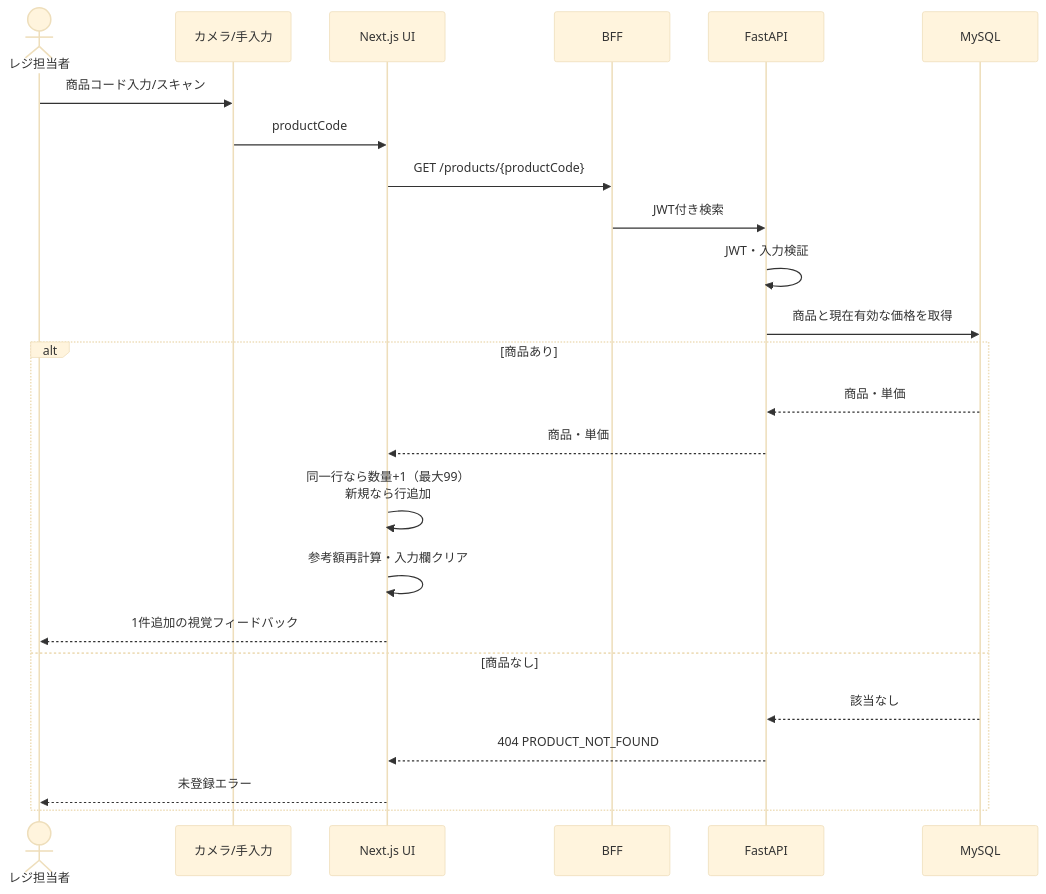
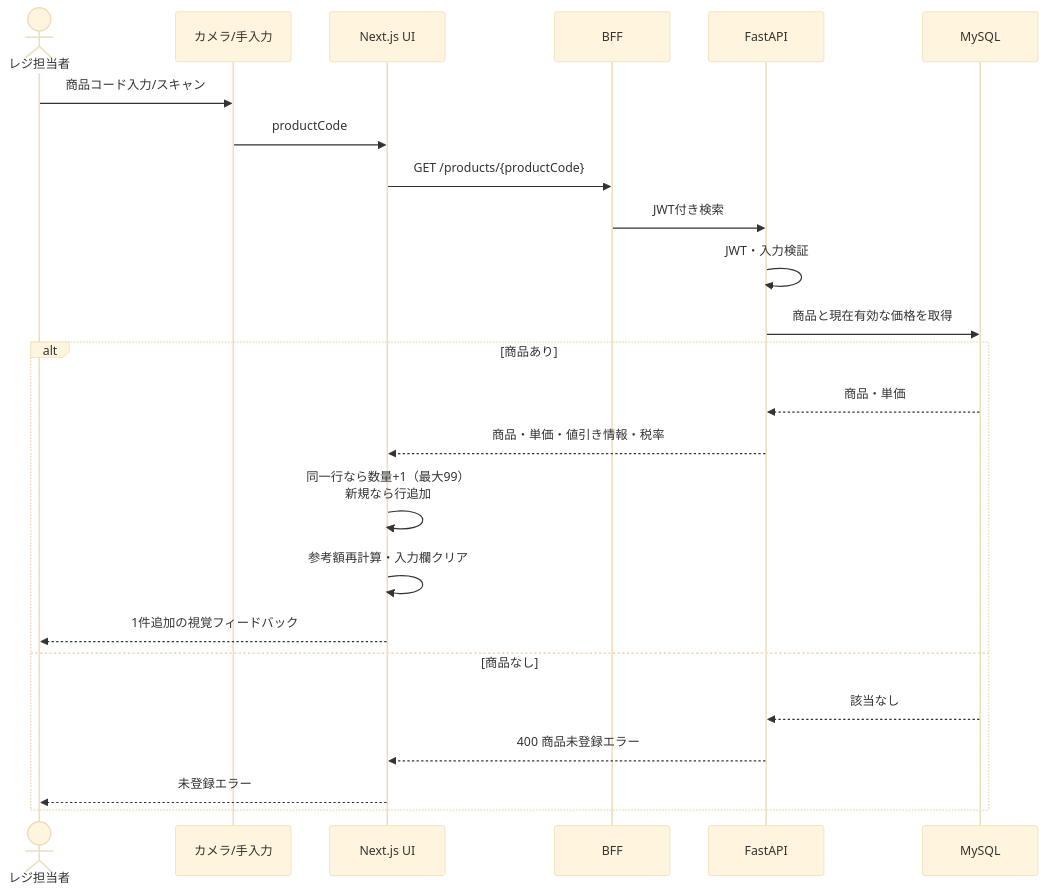
One commit to Shamae31/tech0-lv2-pos-design changed the fifth of 7 diagrams in docs/設計仕様書.md. Above: the diagram before and after it, drawn with Mermaid (base theme). The commit also changed other lines of this file and 1 other file, not shown here.

````diff
--- a/docs/設計仕様書.md
+++ b/docs/設計仕様書.md
@@ -391,26 +390,26 @@
 ```mermaid
 sequenceDiagram
     actor Staff as レジ担当者
     participant Cam as カメラ/手入力
     participant UI as Next.js UI
     participant BFF as BFF
     participant API as FastAPI
     participant DB as MySQL
     Staff->>Cam: 商品コード入力/スキャン
     Cam->>UI: productCode
     UI->>BFF: GET /products/{productCode}
     BFF->>API: JWT付き検索
     API->>API: JWT・入力検証
     API->>DB: 商品と現在有効な価格を取得
     alt 商品あり
         DB-->>API: 商品・単価
-        API-->>UI: 商品・単価
+        API-->>UI: 商品・単価・値引き情報・税率
         UI->>UI: 同一行なら数量+1（最大99）<br/>新規なら行追加
         UI->>UI: 参考額再計算・入力欄クリア
         UI-->>Staff: 1件追加の視覚フィードバック
     else 商品なし
         DB-->>API: 該当なし
-        API-->>UI: 404 PRODUCT_NOT_FOUND
+        API-->>UI: 400 商品未登録エラー
         UI-->>Staff: 未登録エラー
     end
 ```
````
